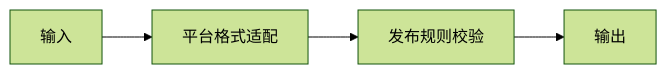
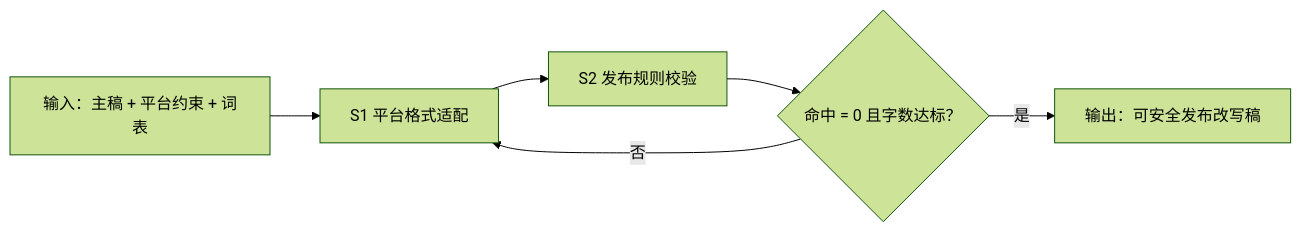
One commit to bangwozuo/multi-publish-zh changed the diagram in workflows/publish-rules-adapt-flow/SKILL.md. Above: the diagram before and after it, drawn with Mermaid (forest theme). The commit also changed other lines of this file and 80 other files, not shown here.

````diff
--- a/workflows/publish-rules-adapt-flow/SKILL.md
+++ b/workflows/publish-rules-adapt-flow/SKILL.md
@@ -27,10 +42,12 @@
 ```mermaid
 flowchart LR
-    IN["输入"]
-    S1["平台格式适配"]
-    S2["发布规则校验"]
-    OUT["输出"]
+    IN["输入：主稿 + 平台约束 + 词表"]
+    S1["S1 平台格式适配"]
+    S2["S2 发布规则校验"]
+    Q1{"命中 = 0 且字数达标？"}
+    Q1 -- 否 --> S1
+    Q1 -- 是 --> OUT["输出：可安全发布改写稿"]
     IN --> S1
     S1 --> S2
-    S2 --> OUT
+    S2 --> Q1
 ```
````
